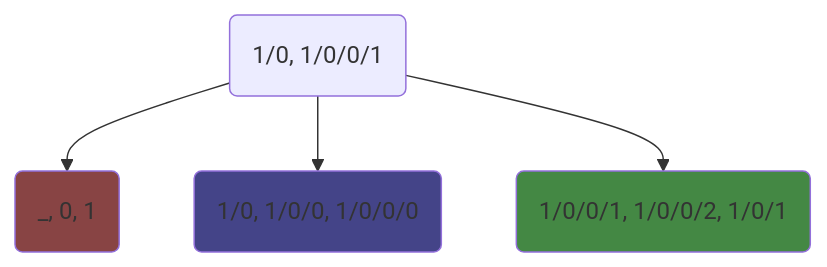
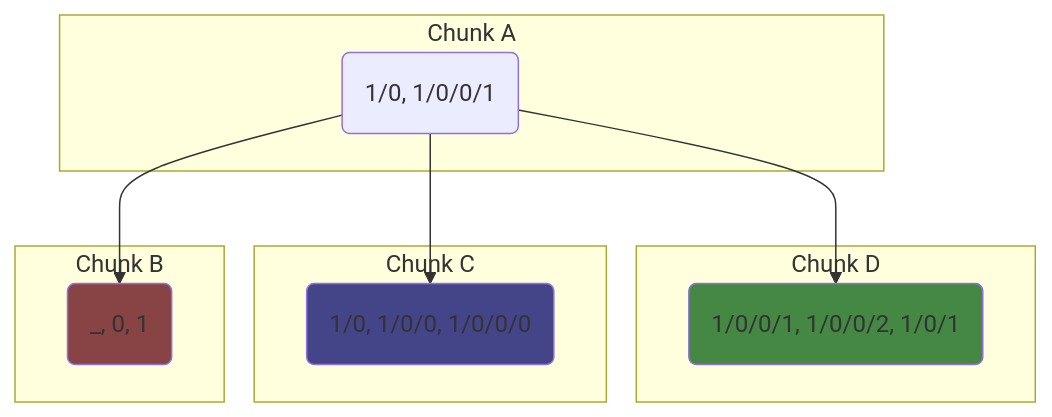
Before and after one commit to microsoft/FluidFramework: diagram 15 of 27 in packages/dds/tree/docs/wip/treeStorage.md, drawn with Mermaid. The commit also changed other lines of this file, not shown here.

Commit message:
fix up chunk data structure sections some more

````diff
--- a/packages/dds/tree/docs/wip/treeStorage.md
+++ b/packages/dds/tree/docs/wip/treeStorage.md
@@ -337,10 +348,22 @@
 ```mermaid
 graph TD;
     A(1/0, 1/0/0/1)
     A-->B(_, 0, 1)
     A-->C(1/0, 1/0/0, 1/0/0/0)
     A-->D(1/0/0/1, 1/0/0/2, 1/0/1)
     style B fill:#844
     style C fill:#448
     style D fill:#484
+    subgraph Chunk A
+    A
+    end
+    subgraph Chunk D
+    D
+    end
+    subgraph Chunk C
+    C
+    end
+    subgraph Chunk B
+    B
+    end
 ```
````
